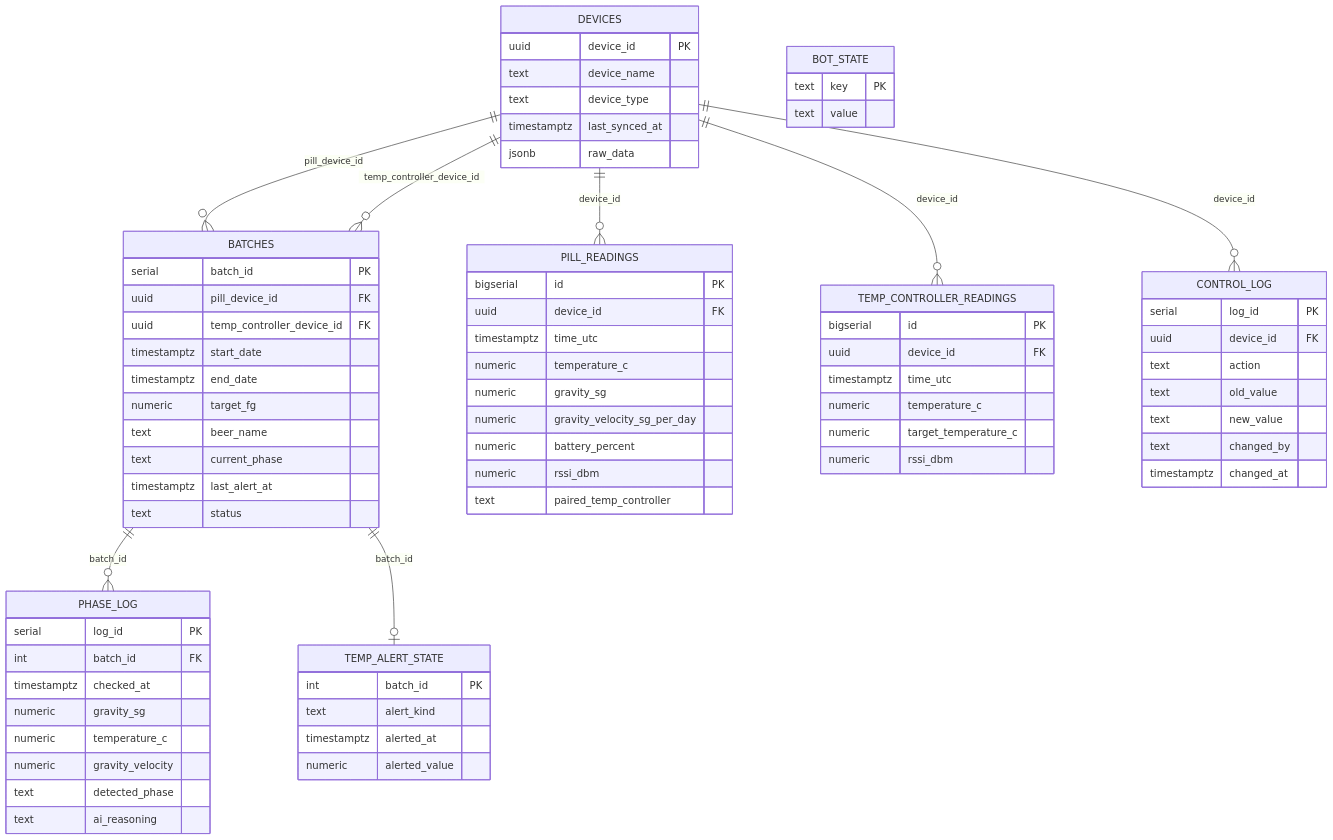
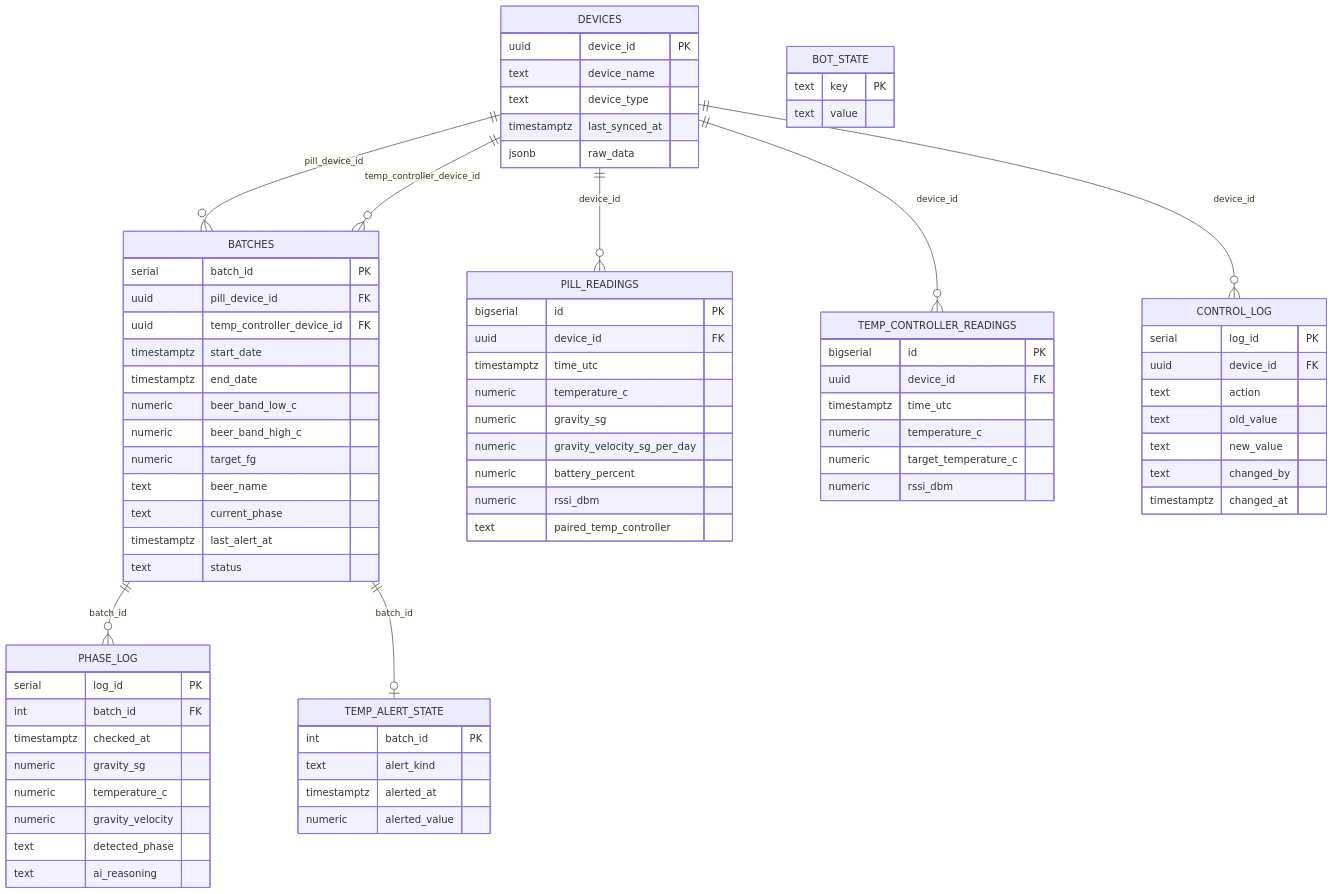
The diagram in er-diagram.mermaid (puatham/khelangbrewpub), drawn with Mermaid before and after one commit. The commit also changed 6 other files, not shown here.

```diff
--- a/er-diagram.mermaid
+++ b/er-diagram.mermaid
@@ -1,83 +1,85 @@
 erDiagram
     DEVICES ||--o{ BATCHES : "pill_device_id"
     DEVICES ||--o{ BATCHES : "temp_controller_device_id"
     DEVICES ||--o{ PILL_READINGS : "device_id"
     DEVICES ||--o{ TEMP_CONTROLLER_READINGS : "device_id"
     DEVICES ||--o{ CONTROL_LOG : "device_id"
     BATCHES ||--o{ PHASE_LOG : "batch_id"
     BATCHES ||--o| TEMP_ALERT_STATE : "batch_id"
 
     DEVICES {
         uuid device_id PK
         text device_name
         text device_type
         timestamptz last_synced_at
         jsonb raw_data
     }
 
     BATCHES {
         serial batch_id PK
         uuid pill_device_id FK
         uuid temp_controller_device_id FK
         timestamptz start_date
         timestamptz end_date
+        numeric beer_band_low_c
+        numeric beer_band_high_c
         numeric target_fg
         text beer_name
         text current_phase
         timestamptz last_alert_at
         text status
     }
 
     PILL_READINGS {
         bigserial id PK
         uuid device_id FK
         timestamptz time_utc
         numeric temperature_c
         numeric gravity_sg
         numeric gravity_velocity_sg_per_day
         numeric battery_percent
         numeric rssi_dbm
         text paired_temp_controller
     }
 
     TEMP_CONTROLLER_READINGS {
         bigserial id PK
         uuid device_id FK
         timestamptz time_utc
         numeric temperature_c
         numeric target_temperature_c
         numeric rssi_dbm
     }
 
     PHASE_LOG {
         serial log_id PK
         int batch_id FK
         timestamptz checked_at
         numeric gravity_sg
         numeric temperature_c
         numeric gravity_velocity
         text detected_phase
         text ai_reasoning
     }
 
     CONTROL_LOG {
         serial log_id PK
         uuid device_id FK
         text action
         text old_value
         text new_value
         text changed_by
         timestamptz changed_at
     }
 
     BOT_STATE {
         text key PK
         text value
     }
 
     TEMP_ALERT_STATE {
         int batch_id PK
         text alert_kind
         timestamptz alerted_at
         numeric alerted_value
     }
```
